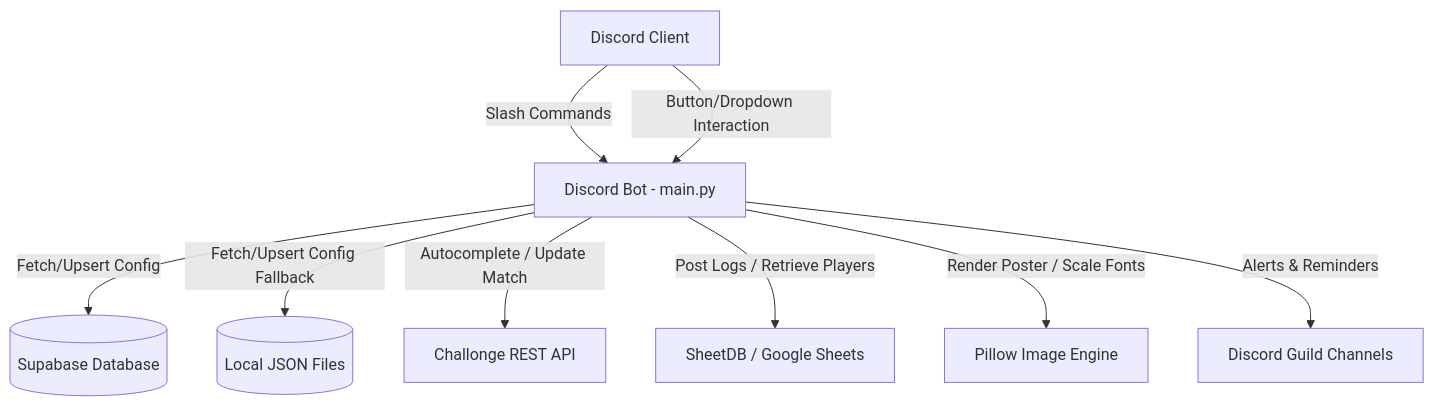
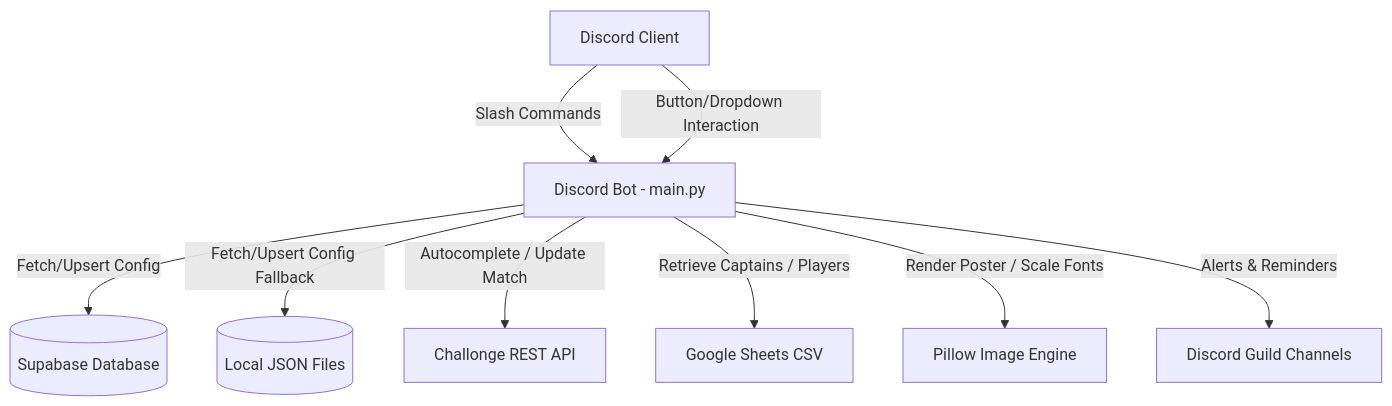
One commit to Siva-Subramaniam-DS/Tournament-Bot changed the diagram in README.md. Above: the diagram before and after it, drawn with Mermaid. The commit also changed other lines of this file and 1 other file, not shown here.

````diff
--- a/README.md
+++ b/README.md
@@ -47,14 +47,14 @@
 ```mermaid
 graph TD
     A[Discord Client] -->|Slash Commands| B[Discord Bot - main.py]
     A -->|Button/Dropdown Interaction| B
     
     B -->|Fetch/Upsert Config| C[(Supabase Database)]
     B -->|Fetch/Upsert Config Fallback| D[(Local JSON Files)]
     
     B -->|Autocomplete / Update Match| E[Challonge REST API]
-    B -->|Post Logs / Retrieve Players| F[SheetDB / Google Sheets]
+    B -->|Retrieve Captains / Players| F[Google Sheets CSV]
     B -->|Render Poster / Scale Fonts| G[Pillow Image Engine]
     
     B -->|Alerts & Reminders| H[Discord Guild Channels]
 ```
````
